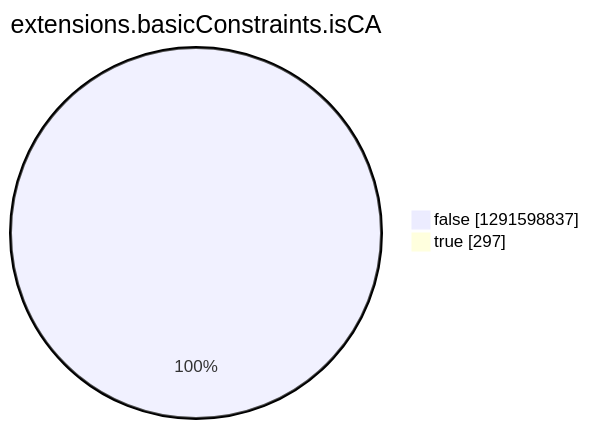
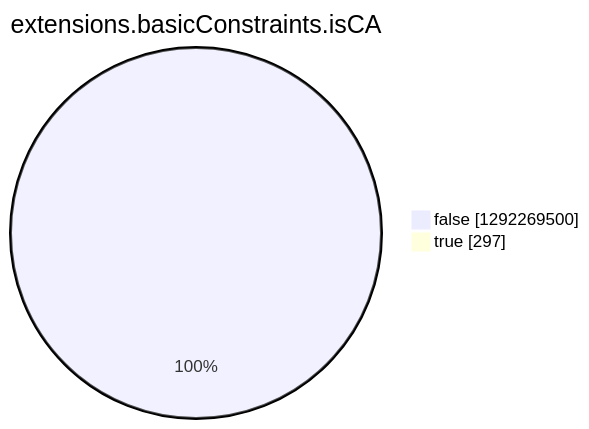
One commit to christiankrug/ctmonitor_visualization changed the eighth of 15 diagrams in argon2022/README.md. Above: the diagram before and after it, drawn with Mermaid. The commit also changed other lines of this file, not shown here.

````diff
--- a/argon2022/README.md
+++ b/argon2022/README.md
@@ -2756,6 +2756,6 @@
 ```mermaid
 pie showData
 title extensions.basicConstraints.isCA
-"false" :1291598837
+"false" :1292269500
 "true" :297
 ```
````
